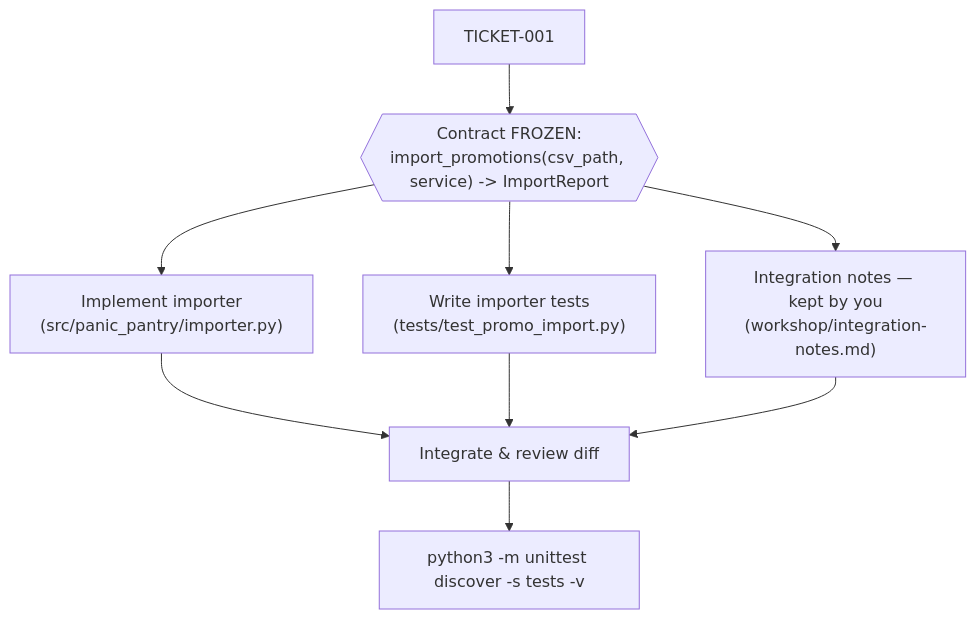
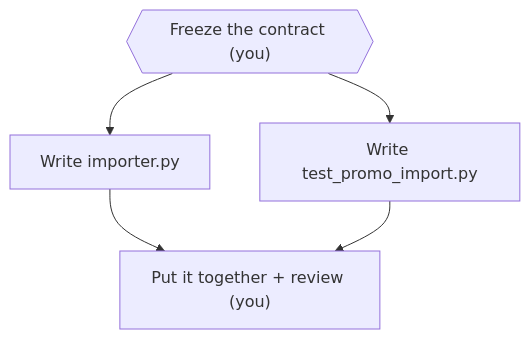
The diagram in student/module-1-decomposition.md (varoonsahgal/OC-stuff), drawn with Mermaid before and after one commit. The commit also changed other lines of this file and 2 other files, not shown here.

````diff
--- a/student/module-1-decomposition.md
+++ b/student/module-1-decomposition.md
@@ -47,11 +49,7 @@
 ```mermaid
 flowchart TD
-    T[TICKET-001] --> C{{"Contract FROZEN:<br/>import_promotions(csv_path, service) -> ImportReport"}}
-    C --> P["Implement importer<br/>(src/panic_pantry/importer.py)"]
-    C --> Q["Write importer tests<br/>(tests/test_promo_import.py)"]
-    C --> R["Integration notes — kept by you<br/>(workshop/integration-notes.md)"]
-    P --> I[Integrate & review diff]
+    C{{"Freeze the contract (you)"}} --> P["Write importer.py"]
+    C --> Q["Write test_promo_import.py"]
+    P --> I["Put it together + review (you)"]
     Q --> I
-    R --> I
-    I --> V["python3 -m unittest discover -s tests -v"]
 ```
````
